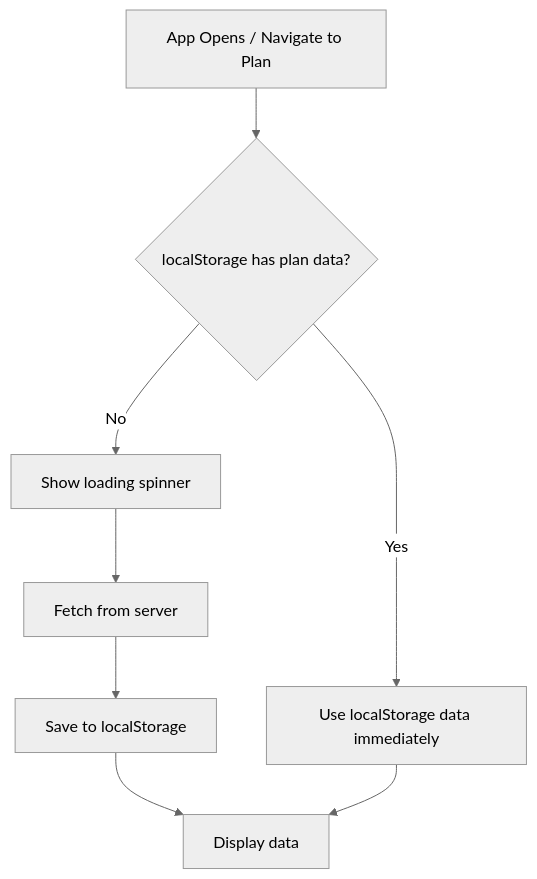
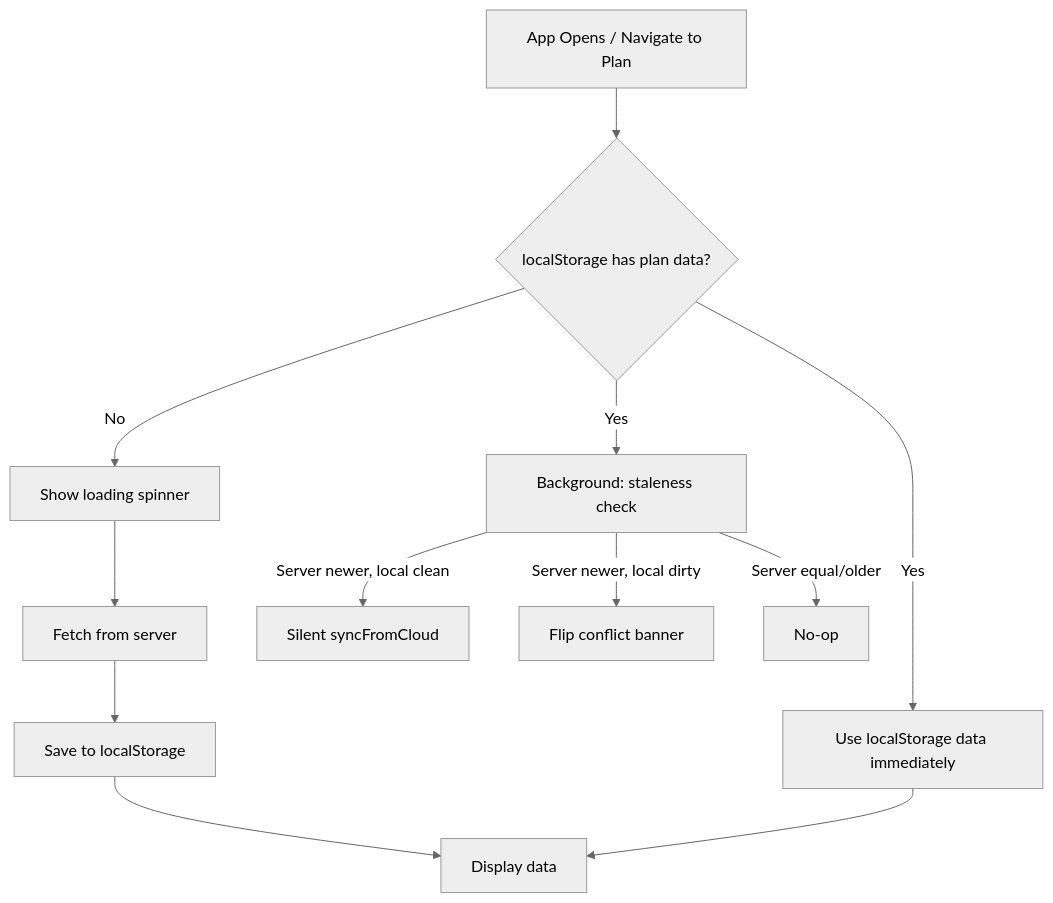
One commit to gileck/training-app-v3 changed the first of 5 diagrams in docs/local-first-plan-data.md. Above: the diagram before and after it, drawn with Mermaid (neutral theme). The commit also changed other lines of this file, not shown here.

First line of the commit message:
docs(local-first): document staleness check and multi-writer model

````diff
--- a/docs/local-first-plan-data.md
+++ b/docs/local-first-plan-data.md
@@ -69,10 +69,14 @@
 ```mermaid
 graph TD
     A[App Opens / Navigate to Plan] --> B{localStorage has plan data?}
     B -->|Yes| C[Use localStorage data immediately]
+    B -->|Yes| S[Background: staleness check]
     B -->|No| D[Show loading spinner]
     D --> E[Fetch from server]
     E --> F[Save to localStorage]
     F --> G[Display data]
     C --> G
+    S -->|Server newer, local clean| R[Silent syncFromCloud]
+    S -->|Server newer, local dirty| K[Flip conflict banner]
+    S -->|Server equal/older| N[No-op]
 ```
````
